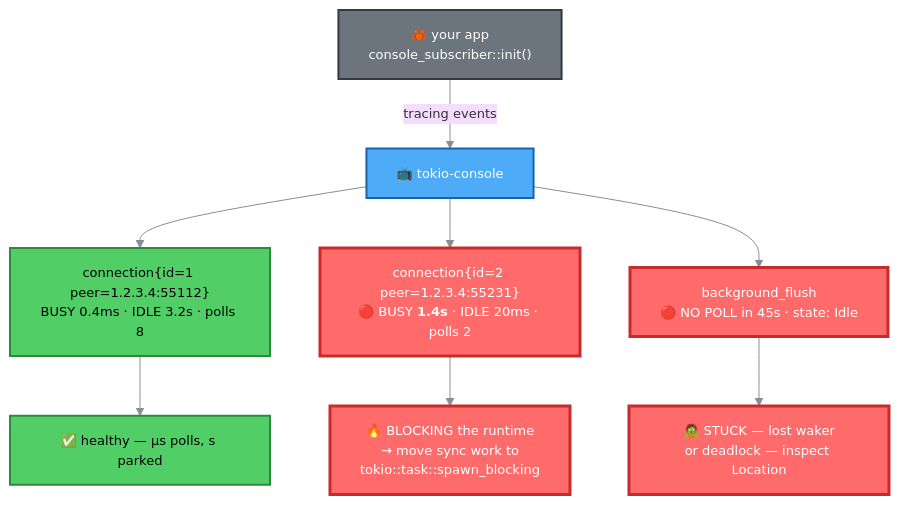
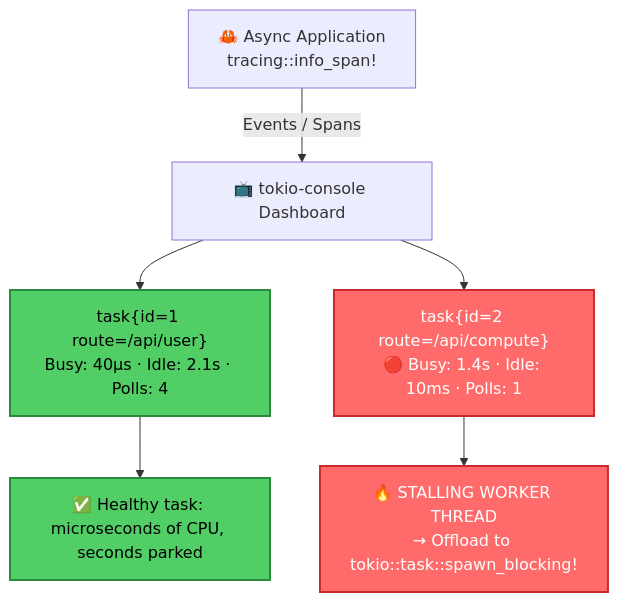
Before and after one commit to sks006/Visual-Tokio: the third of 3 diagrams in readme.md, drawn with Mermaid. The commit also changed other lines of this file and 48 other files, not shown here.

````diff
--- a/readme.md
+++ b/readme.md
@@ -457,23 +166,14 @@
 ```mermaid
-%%{init: {'theme':'base','themeVariables':{'fontSize':'13px','lineColor':'#868e96'}}}%%
 flowchart TD
-    APP["🦀 your app<br/>console_subscriber::init()"] -->|"tracing events"| TC["📺 tokio-console"]
+    APP["🦀 Async Application<br/>tracing::info_span!"] -->|"Events / Spans"| TC["📺 tokio-console Dashboard"]
+    TC --> T1["task{id=1 route=/api/user}<br/>Busy: 40μs · Idle: 2.1s · Polls: 4"]
+    TC --> T2["task{id=2 route=/api/compute}<br/>🔴 Busy: 1.4s · Idle: 10ms · Polls: 1"]
 
-    TC --> T1["connection{id=1 peer=1.2.3.4:55112}<br/>BUSY 0.4ms · IDLE 3.2s · polls 8"]
-    TC --> T2["connection{id=2 peer=1.2.3.4:55231}<br/>🔴 BUSY <b>1.4s</b> · IDLE 20ms · polls 2"]
-    TC --> T3["background_flush<br/>🔴 NO POLL in 45s · state: Idle"]
-
-    T1 --> OK["✅ healthy — μs polls, s parked"]
-    T2 --> BAD1["🔥 BLOCKING the runtime<br/>→ move sync work to<br/>tokio::task::spawn_blocking"]
-    T3 --> BAD2["🧟 STUCK — lost waker<br/>or deadlock — inspect Location"]
+    T1 --> OK["✅ Healthy task: microseconds of CPU, seconds parked"]
+    T2 --> BAD["🔥 STALLING WORKER THREAD<br/>→ Offload to tokio::task::spawn_blocking!"]
 
     classDef ok fill:#51cf66,stroke:#2b8a3e,stroke-width:2px,color:#000
-    classDef bad fill:#ff6b6b,stroke:#c92a2a,stroke-width:3px,color:#fff
-    classDef tool fill:#4dabf7,stroke:#1864ab,stroke-width:2px,color:#fff
-    classDef dim fill:#6c757d,stroke:#343a40,stroke-width:2px,color:#fff
-
+    classDef bad fill:#ff6b6b,stroke:#c92a2a,stroke-width:2px,color:#fff
     class T1,OK ok
-    class T2,T3,BAD1,BAD2 bad
-    class TC tool
-    class APP dim
+    class T2,BAD bad
 ```
````
